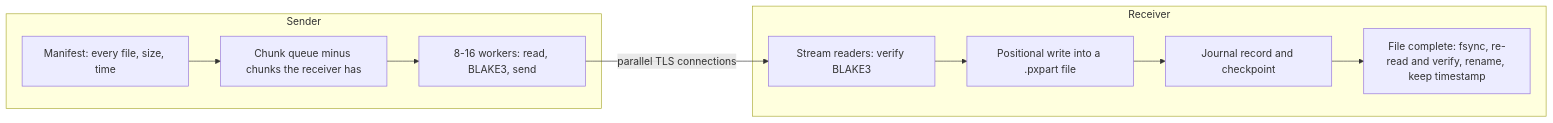
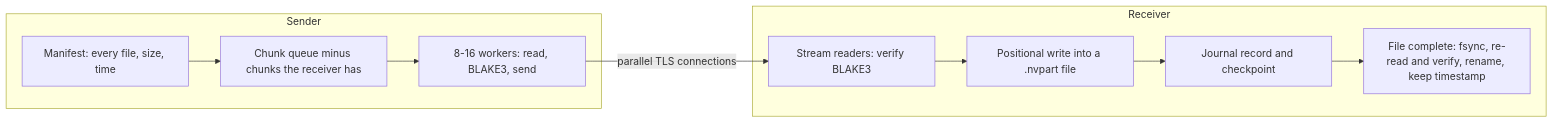
The third of 3 diagrams in docs/architecture.md (vishalpa8/Nearvolt), drawn with Mermaid before and after one commit. The commit also changed other lines of this file and 131 other files, not shown here.

````diff
--- a/docs/architecture.md
+++ b/docs/architecture.md
@@ -116,13 +116,13 @@
 ```mermaid
 flowchart LR
     subgraph Sender
         M["Manifest: every file, size, time"] --> Q["Chunk queue minus chunks the receiver has"]
         Q --> W["8-16 workers: read, BLAKE3, send"]
     end
     W -->|"parallel TLS connections"| R
     subgraph Receiver
-        R["Stream readers: verify BLAKE3"] --> D["Positional write into a .pxpart file"]
+        R["Stream readers: verify BLAKE3"] --> D["Positional write into a .nvpart file"]
         D --> J["Journal record and checkpoint"]
         J --> F["File complete: fsync, re-read and verify, rename, keep timestamp"]
     end
 ```
````
